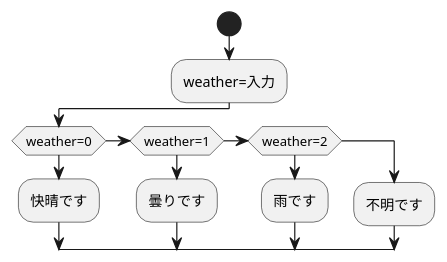
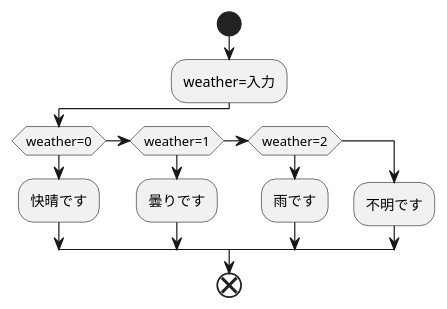
One commit to Aso2001026/2021sys-design changed the diagram in kadai4_4.md. Above: the diagram before and after it, drawn with PlantUML.

````diff
--- a/kadai4_4.md
+++ b/kadai4_4.md
@@ -1,14 +1,16 @@
 ```uml
 @startuml
 start
 :weather=入力;
 if(weather=0)
 :快晴です;
 else if(weather=1)
 :曇りです;
 else if(weather=2)
 :雨です;
 else
 :不明です;
+endif
+end
 @enduml
 ```
````
